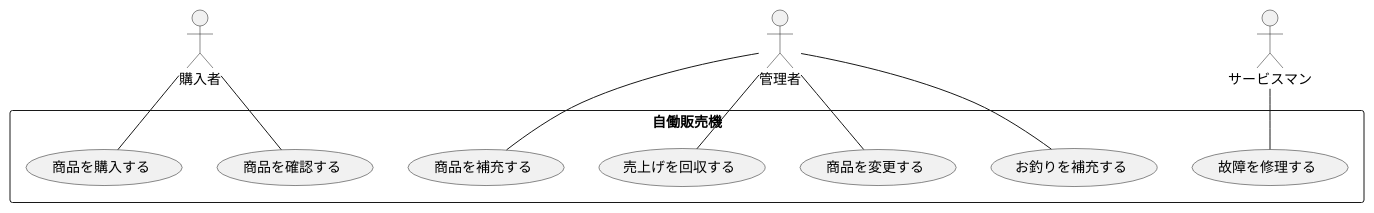
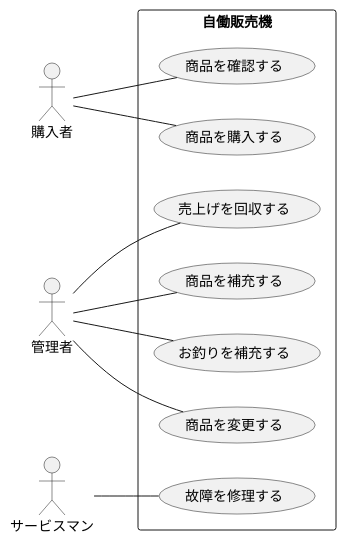
One commit to masaki-kato-119/VendingMachine changed the diagram in ユースケース図/自動販売機_ユースケース図_レビュー前.wsd. Above: the diagram before and after it, drawn with PlantUML. The commit also changed other lines of this file and 2 other files, not shown here.

```diff
--- a/ユースケース図/自動販売機_ユースケース図_レビュー前.wsd
+++ b/ユースケース図/自動販売機_ユースケース図_レビュー前.wsd
@@ -1,18 +1,25 @@
 @startuml
+
+left to right direction
+
+actor 購入者
+actor 管理者
+actor サービスマン
+
 rectangle 自働販売機 {
     usecase 商品を確認する  as UC1
     usecase 商品を購入する as UC2
     usecase 売上げを回収する  as UC3
     usecase 商品を補充する  as UC4
     usecase お釣りを補充する  as UC5
     usecase 商品を変更する  as UC6
     usecase 故障を修理する as UC7
 }
 購入者 -- UC1
 購入者 -- UC2
 管理者 -- UC3
 管理者 -- UC4
 管理者 -- UC5
 管理者 -- UC6
 サービスマン -- UC7
 @enduml
```
